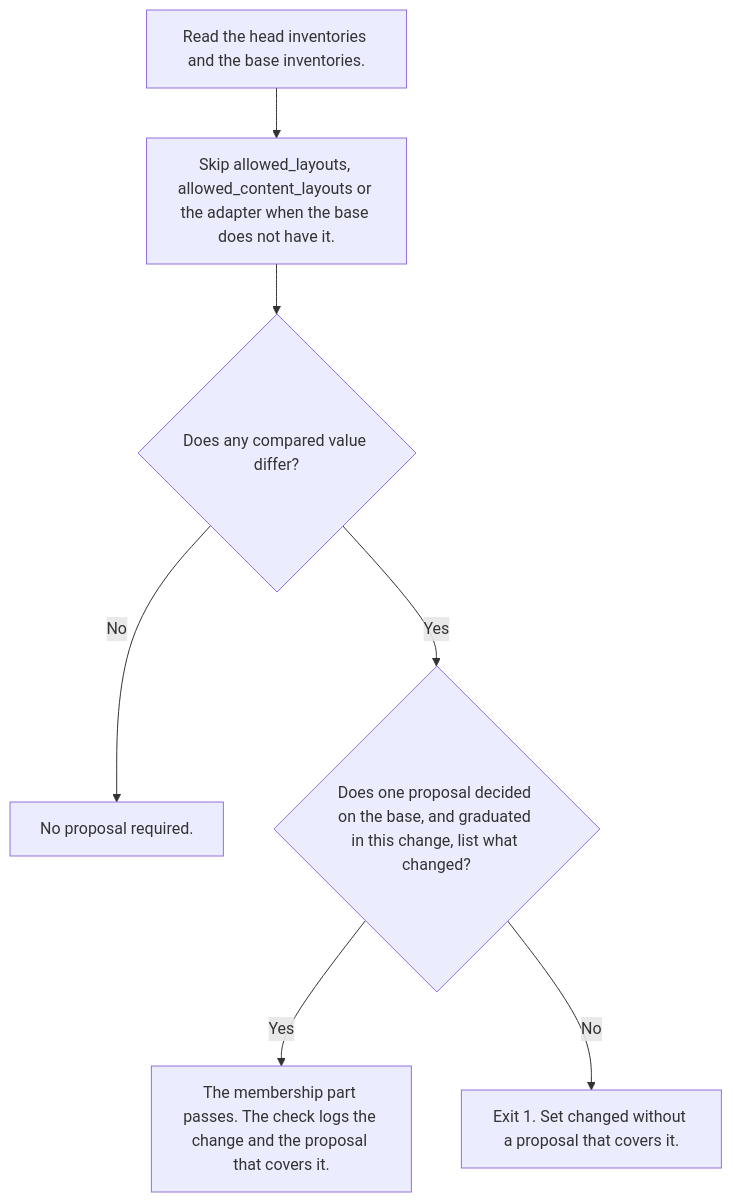
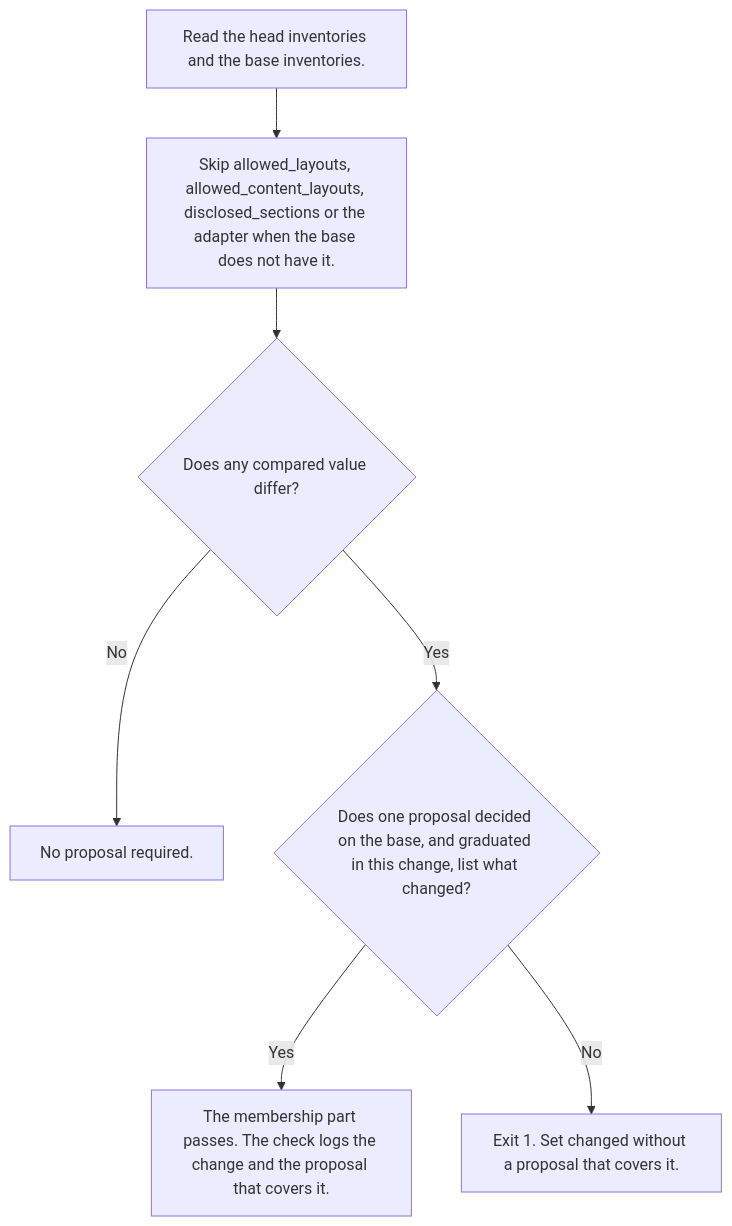
One commit to tounsoo/agent-design-loop changed the sixth of 7 diagrams in packages/harness/docs/how-it-works.md. Above: the diagram before and after it, drawn with Mermaid. The commit also changed other lines of this file and 12 other files, not shown here.

````diff
--- a/packages/harness/docs/how-it-works.md
+++ b/packages/harness/docs/how-it-works.md
@@ -329,15 +329,15 @@
 ```mermaid
 flowchart TB
   read["Read the head inventories and the base inventories."]
-  skip["Skip allowed_layouts, allowed_content_layouts or the adapter when the base does not have it."]
+  skip["Skip allowed_layouts, allowed_content_layouts, disclosed_sections or the adapter when the base does not have it."]
   diff{"Does any compared value differ?"}
   ok["No proposal required."]
   words{"Does one proposal decided on the base, and graduated in this change, list what changed?"}
   accepted["The membership part passes. The check logs the change and the proposal that covers it."]
   rejected["Exit 1. Set changed without a proposal that covers it."]
   read --> skip --> diff
   diff -->|No| ok
   diff -->|Yes| words
   words -->|Yes| accepted
   words -->|No| rejected
 ```
````
